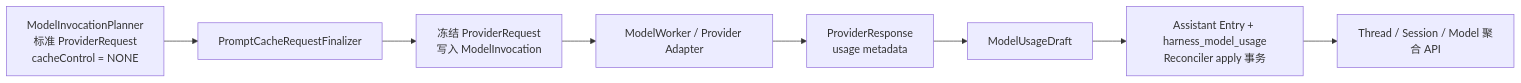
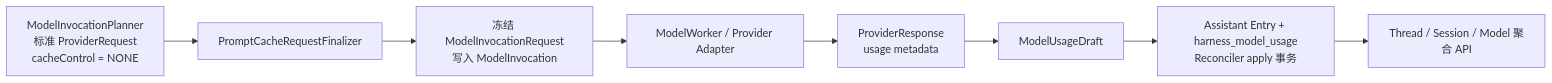
Before and after one commit to fengwk/kk-studio: the diagram in docs/technical-solution/prompt-cache-usage-cost.md, drawn with Mermaid. The commit also changed other lines of this file and 14 other files, not shown here.

````diff
--- a/docs/technical-solution/prompt-cache-usage-cost.md
+++ b/docs/technical-solution/prompt-cache-usage-cost.md
@@ -7,10 +7,10 @@
 ```mermaid
 flowchart LR
     A[ModelInvocationPlanner<br/>标准 ProviderRequest<br/>cacheControl = NONE] --> C[PromptCacheRequestFinalizer]
-    C --> R[冻结 ProviderRequest<br/>写入 ModelInvocation]
+    C --> R[冻结 ModelInvocationRequest<br/>写入 ModelInvocation]
     R --> D[ModelWorker / Provider Adapter]
     D --> E[ProviderResponse<br/>usage metadata]
     E --> F[ModelUsageDraft]
     F --> G[Assistant Entry + harness_model_usage<br/>Reconciler apply 事务]
     G --> H[Thread / Session / Model 聚合 API]
 ```
````
